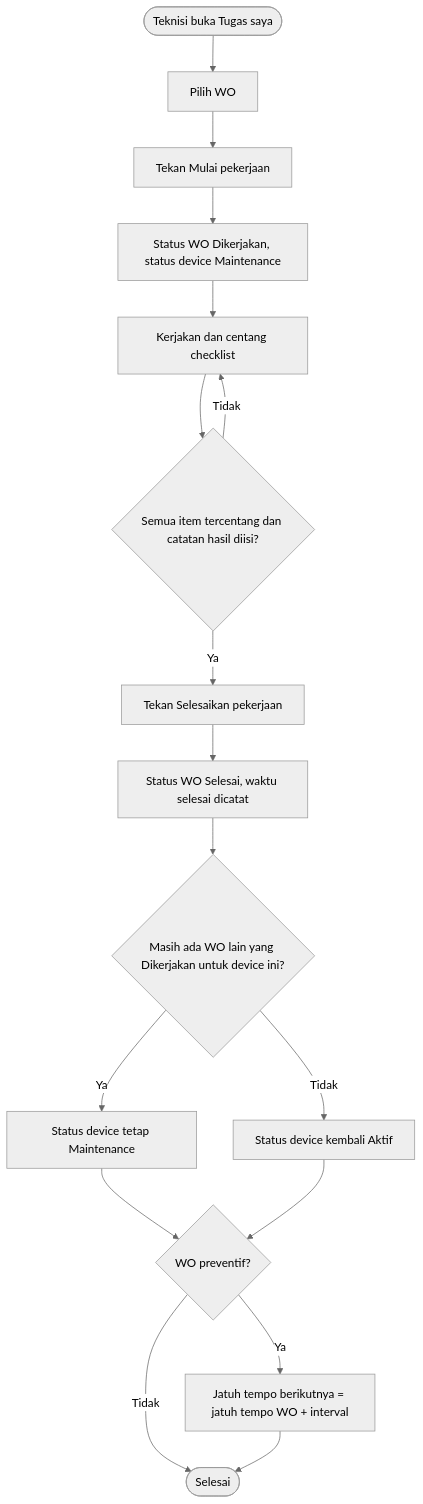
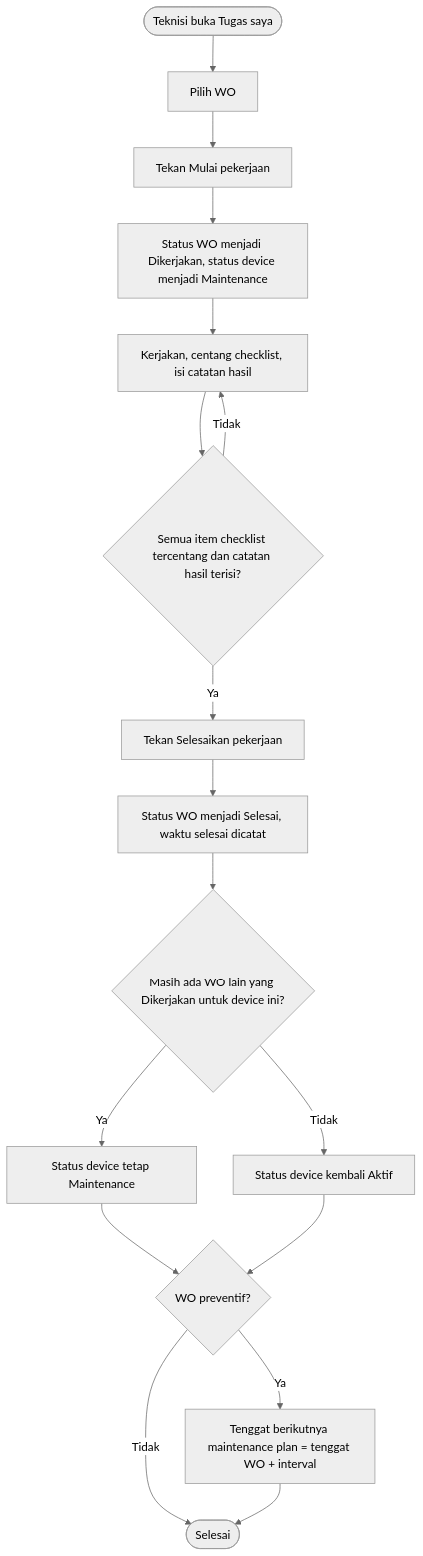
One commit to haldrianlab-arch/DCM_PROJECT changed the fifth of 6 diagrams in docs/diagrams/flowchart.md. Above: the diagram before and after it, drawn with Mermaid (neutral theme). The commit also changed other lines of this file and 10 other files, not shown here.

Commit message:
docs: PRD v0.3, design spec v0.3, flowchart dan use case diperbarui

````diff
--- a/docs/diagrams/flowchart.md
+++ b/docs/diagrams/flowchart.md
@@ -83,19 +112,19 @@
 ```mermaid
 flowchart TD
     A([Teknisi buka Tugas saya]) --> B[Pilih WO]
     B --> C[Tekan Mulai pekerjaan]
-    C --> D[Status WO Dikerjakan, status device Maintenance]
-    D --> E[Kerjakan dan centang checklist]
-    E --> F{"Semua item tercentang dan catatan hasil diisi?"}
+    C --> D[Status WO menjadi Dikerjakan, status device menjadi Maintenance]
+    D --> E[Kerjakan, centang checklist, isi catatan hasil]
+    E --> F{"Semua item checklist tercentang dan catatan hasil terisi?"}
     F -- Tidak --> E
     F -- Ya --> G[Tekan Selesaikan pekerjaan]
-    G --> H[Status WO Selesai, waktu selesai dicatat]
+    G --> H[Status WO menjadi Selesai, waktu selesai dicatat]
     H --> I{"Masih ada WO lain yang Dikerjakan untuk device ini?"}
     I -- Ya --> J[Status device tetap Maintenance]
     I -- Tidak --> K[Status device kembali Aktif]
     J --> L{"WO preventif?"}
     K --> L
-    L -- Ya --> M[Jatuh tempo berikutnya = jatuh tempo WO + interval]
+    L -- Ya --> M[Tenggat berikutnya maintenance plan = tenggat WO + interval]
     L -- Tidak --> N([Selesai])
     M --> N
 ```
````
